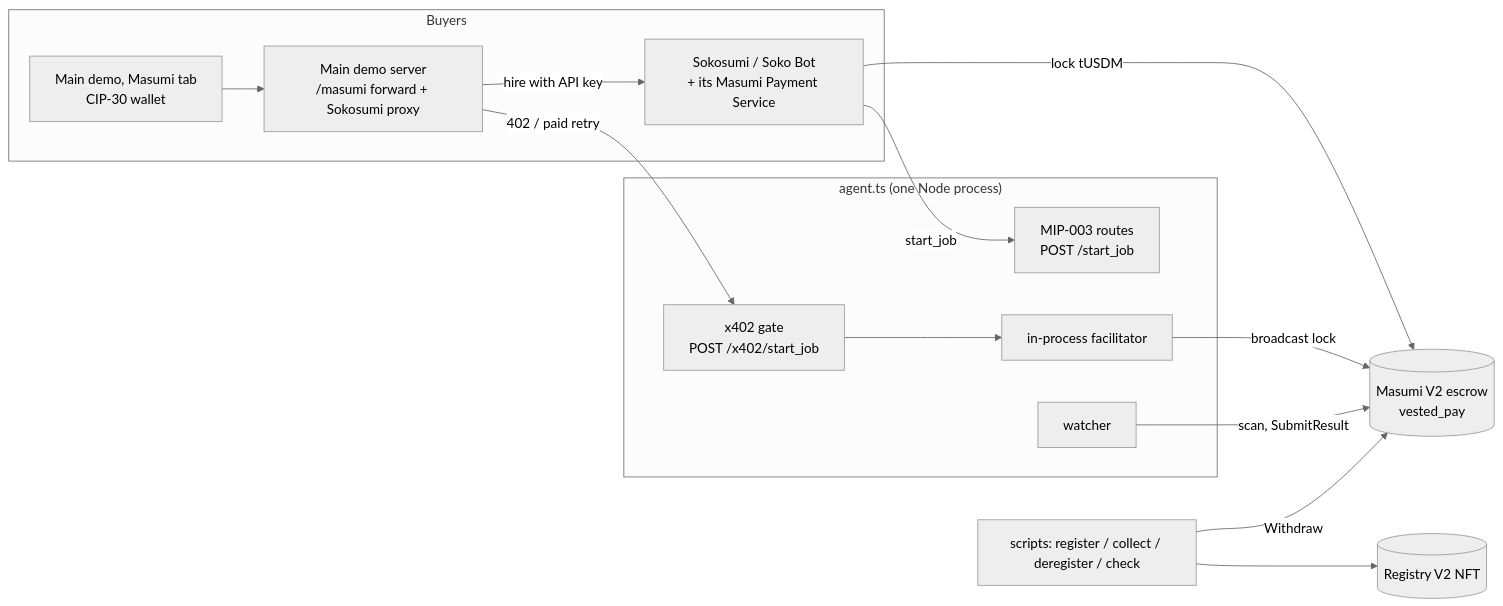
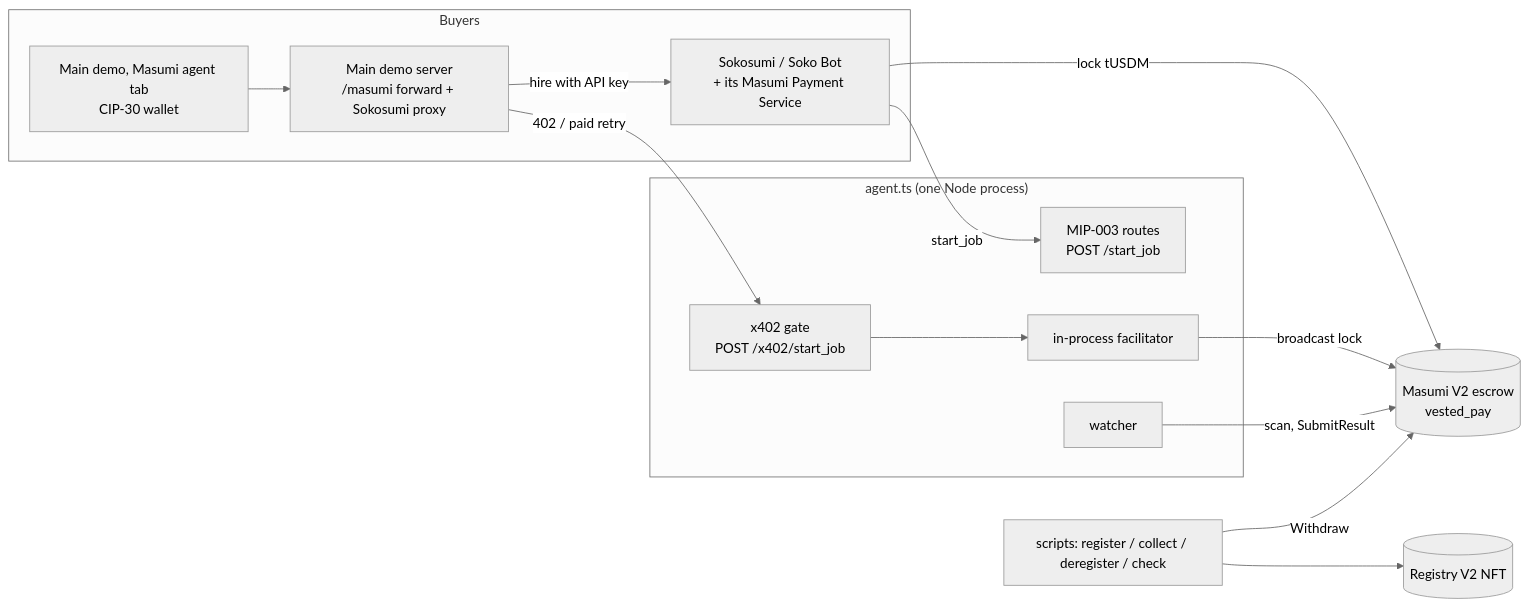
The first of 2 diagrams in masumi/docs/DEVELOPER.md (cardano-foundation/x402-cardano-demo), drawn with Mermaid (neutral theme) before and after one commit. The commit also changed other lines of this file and 31 other files, not shown here.

Commit message:
feat: style improvements and flow

````diff
--- a/masumi/docs/DEVELOPER.md
+++ b/masumi/docs/DEVELOPER.md
@@ -17,24 +62,24 @@
 ```mermaid
 flowchart LR
   subgraph Buyers
     S[Sokosumi / Soko Bot<br/>+ its Masumi Payment Service]
-    U[Main demo, Masumi tab<br/>CIP-30 wallet]
+    U[Main demo, Masumi agent tab<br/>CIP-30 wallet]
     D[Main demo server<br/>/masumi forward + Sokosumi proxy]
   end
   subgraph Agent["agent.ts (one Node process)"]
     M[MIP-003 routes<br/>POST /start_job]
     X[x402 gate<br/>POST /x402/start_job]
     F[in-process facilitator]
     W[watcher]
   end
   E[(Masumi V2 escrow<br/>vested_pay)]
   R[(Registry V2 NFT)]
   S -- start_job --> M
   S -- lock tUSDM --> E
   U --> D -- 402 / paid retry --> X
   D -- hire with API key --> S
   X --> F -- broadcast lock --> E
   W -- scan, SubmitResult --> E
   CLI[scripts: register / collect / deregister / check] --> R
   CLI -- Withdraw --> E
 ```
````
